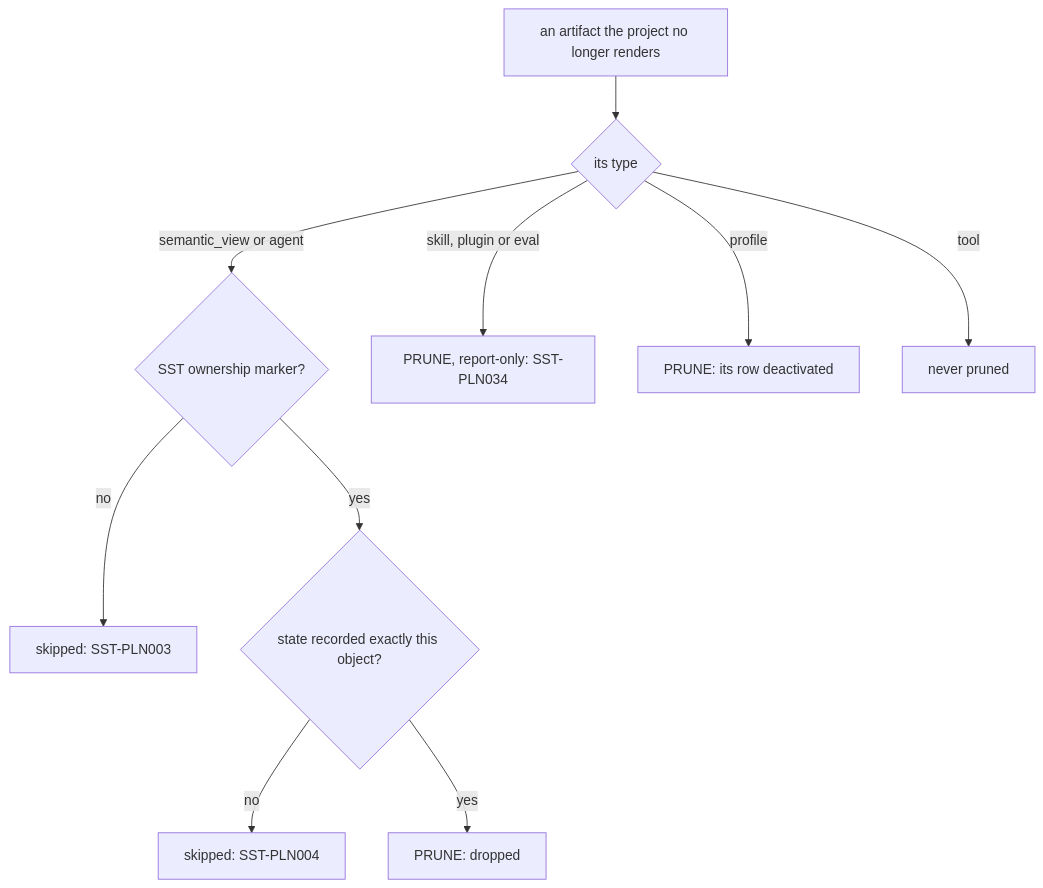
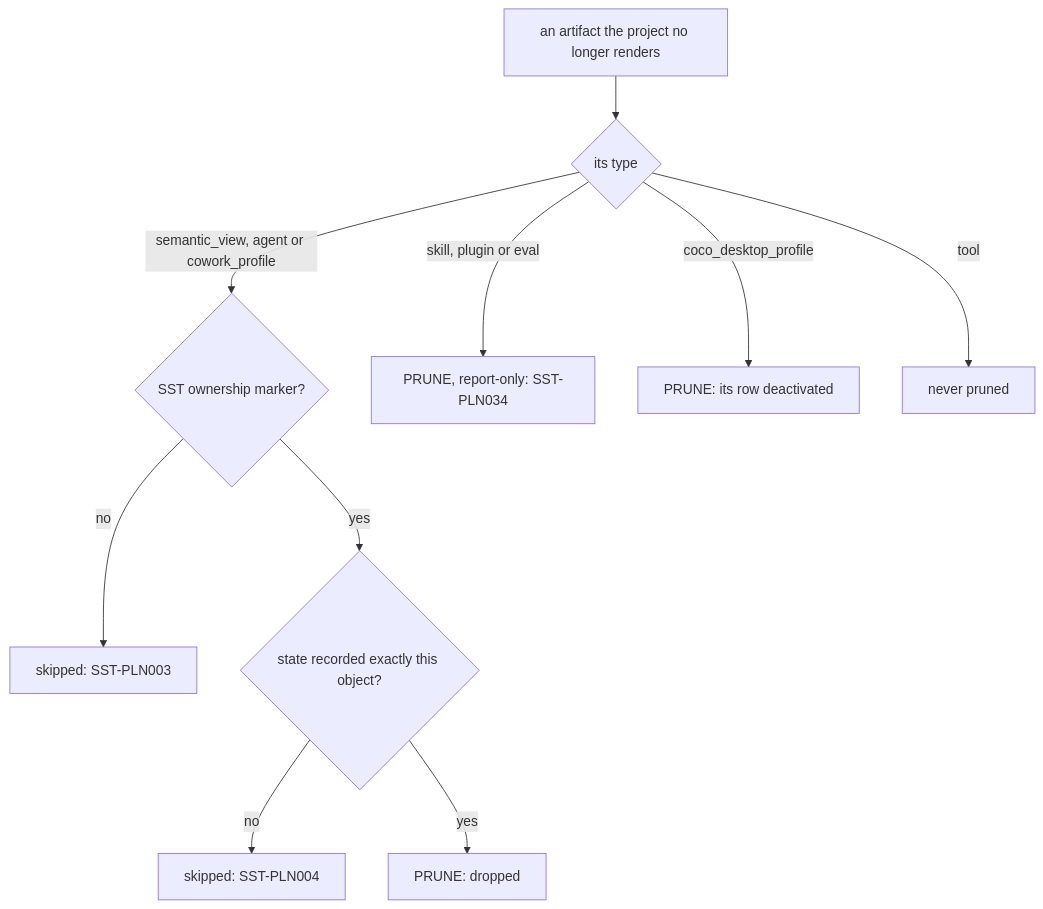
One commit to WhoopInc/snowflake-semantic-tools changed the third of 3 diagrams in docs/concepts.md. Above: the diagram before and after it, drawn with Mermaid. The commit also changed other lines of this file and 54 other files, not shown here.

````diff
--- a/docs/concepts.md
+++ b/docs/concepts.md
@@ -541,12 +542,12 @@
 ```mermaid
 flowchart TD
     gone["an artifact the project no longer renders"] --> which{"its type"}
-    which -->|"semantic_view or agent"| mark{"SST ownership marker?"}
+    which -->|"semantic_view, agent or cowork_profile"| mark{"SST ownership marker?"}
     mark -- no --> s3["skipped: SST-PLN003"]
     mark -- yes --> agree{"state recorded exactly this object?"}
     agree -- no --> s4["skipped: SST-PLN004"]
     agree -- yes --> drop["PRUNE: dropped"]
     which -->|"skill, plugin or eval"| report["PRUNE, report-only: SST-PLN034"]
-    which -- profile --> deactivate["PRUNE: its row deactivated"]
+    which -- coco_desktop_profile --> deactivate["PRUNE: its row deactivated"]
     which -- tool --> kept["never pruned"]
 ```
````
